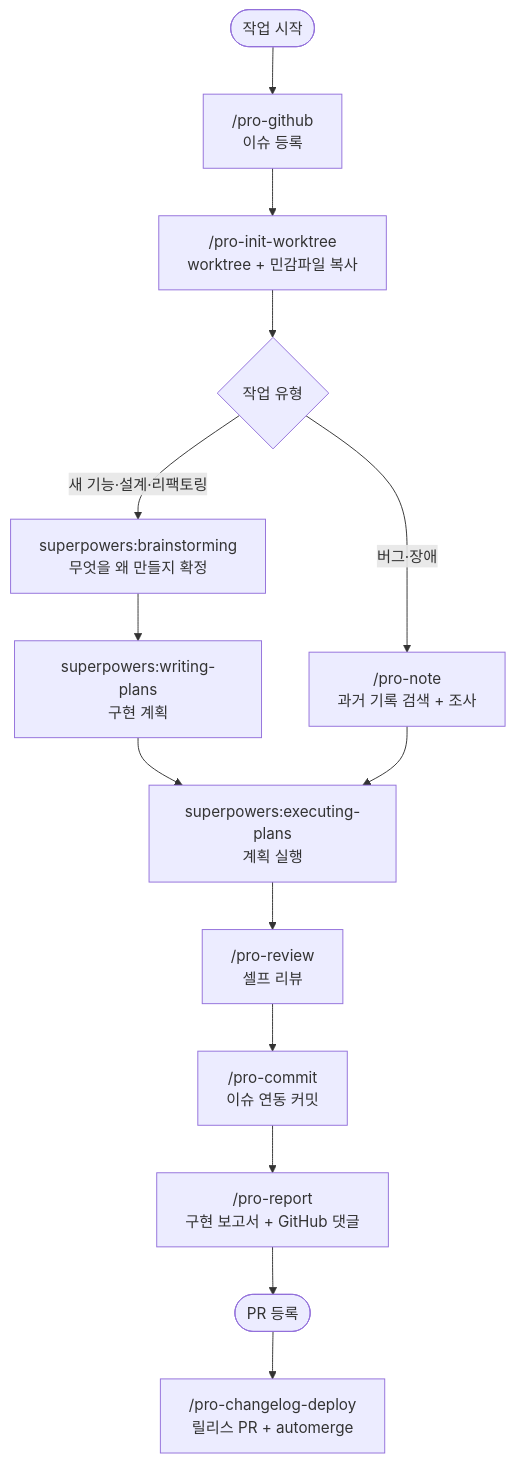
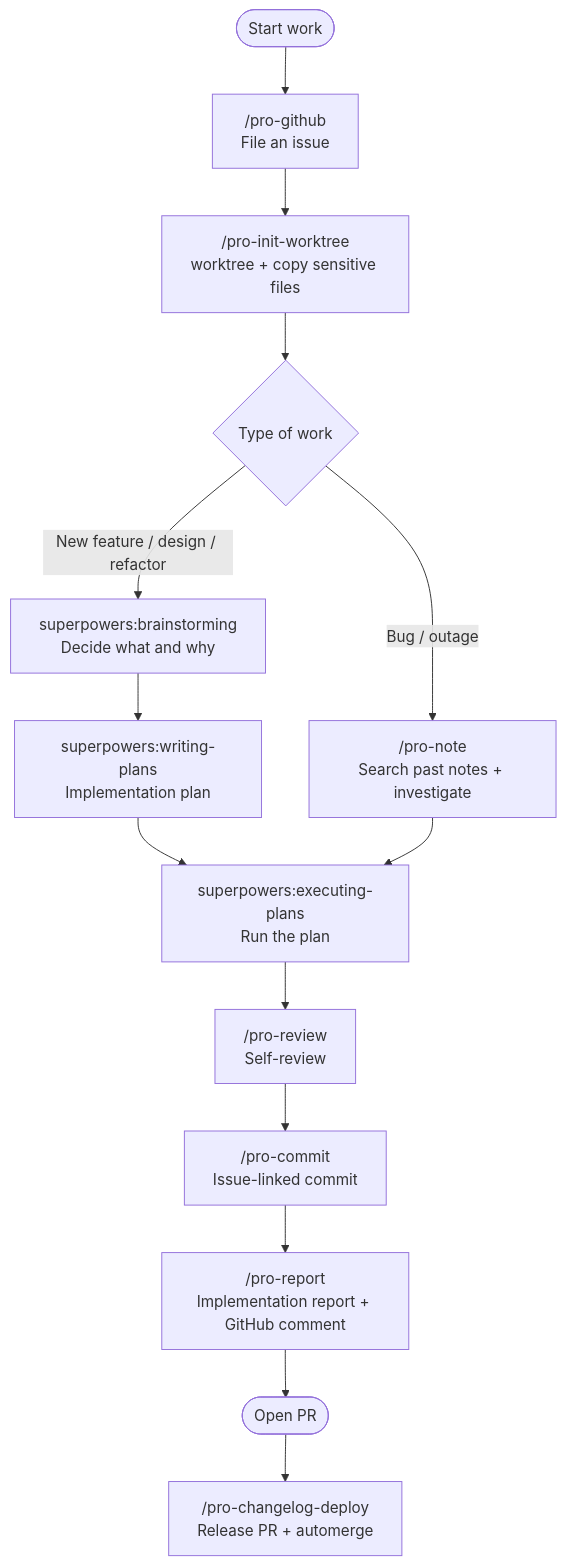
One commit to Cassiiopeia/projectops changed the first of 2 diagrams in README.md. Above: the diagram before and after it, drawn with Mermaid. The commit also changed other lines of this file and 4 other files, not shown here.

Commit message:
전체 영문 기본화 로드맵 CLI 워크플로우 스킬 문서 : docs : README 기본을 영문으로 바꾸고 한국어판을 docs/i18n/README.ko.md로 이동 https://github.com/Cassiiopeia/projectops/issues/769

````diff
--- a/README.md
+++ b/README.md
@@ -140,18 +139,18 @@
 ```mermaid
 flowchart TD
-    A(["작업 시작"]) --> B["/pro-github<br/>이슈 등록"]
-    B --> C["/pro-init-worktree<br/>worktree + 민감파일 복사"]
-    C --> D{"작업 유형"}
+    A(["Start work"]) --> B["/pro-github<br/>File an issue"]
+    B --> C["/pro-init-worktree<br/>worktree + copy sensitive files"]
+    C --> D{"Type of work"}
 
-    D -->|새 기능·설계·리팩토링| E1["superpowers:brainstorming<br/>무엇을 왜 만들지 확정"]
-    D -->|버그·장애| E2["/pro-note<br/>과거 기록 검색 + 조사"]
+    D -->|New feature / design / refactor| E1["superpowers:brainstorming<br/>Decide what and why"]
+    D -->|Bug / outage| E2["/pro-note<br/>Search past notes + investigate"]
 
-    E1 --> P["superpowers:writing-plans<br/>구현 계획"]
-    P --> F["superpowers:executing-plans<br/>계획 실행"]
+    E1 --> P["superpowers:writing-plans<br/>Implementation plan"]
+    P --> F["superpowers:executing-plans<br/>Run the plan"]
     E2 --> F
-    F --> H["/pro-review<br/>셀프 리뷰"]
-    H --> I["/pro-commit<br/>이슈 연동 커밋"]
-    I --> J["/pro-report<br/>구현 보고서 + GitHub 댓글"]
-    J --> K(["PR 등록"])
-    K --> L["/pro-changelog-deploy<br/>릴리스 PR + automerge"]
+    F --> H["/pro-review<br/>Self-review"]
+    H --> I["/pro-commit<br/>Issue-linked commit"]
+    I --> J["/pro-report<br/>Implementation report + GitHub comment"]
+    J --> K(["Open PR"])
+    K --> L["/pro-changelog-deploy<br/>Release PR + automerge"]
 ```
````
